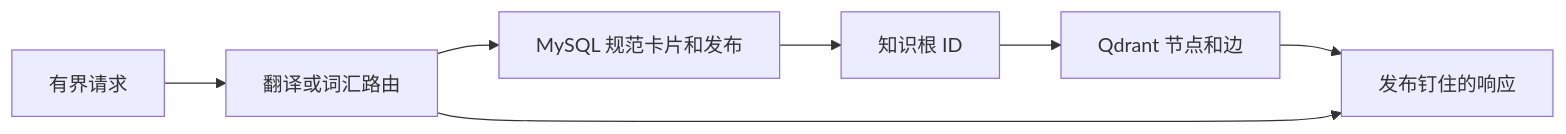
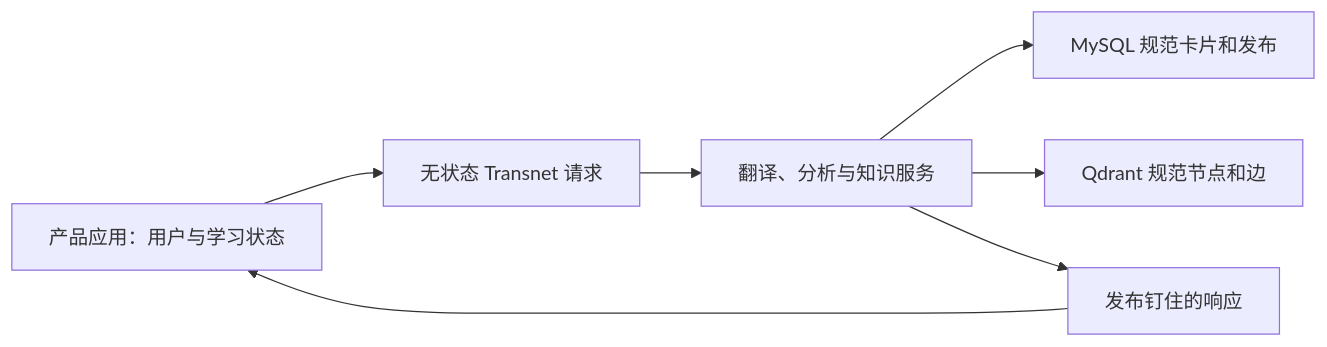
Before and after one commit to Ashex-x/Transnet: the first of 2 diagrams in docs_cn/transnet_cn.md, drawn with Mermaid. The commit also changed other lines of this file and 5 other files, not shown here.

````diff
--- a/docs_cn/transnet_cn.md
+++ b/docs_cn/transnet_cn.md
@@ -53,9 +26,9 @@
 ```mermaid
 flowchart LR
-  request["有界请求"] --> route["翻译或词汇路由"]
-  route --> mysql["MySQL 规范卡片和发布"]
-  mysql --> roots["知识根 ID"]
-  roots --> qdrant["Qdrant 节点和边"]
-  qdrant --> response["发布钉住的响应"]
-  route --> response
+  product["产品应用：用户与学习状态"] --> request["无状态 Transnet 请求"]
+  request --> service["翻译、分析与知识服务"]
+  service --> mysql["MySQL 规范卡片和发布"]
+  service --> qdrant["Qdrant 规范节点和边"]
+  service --> response["发布钉住的响应"]
+  response --> product
 ```
````
